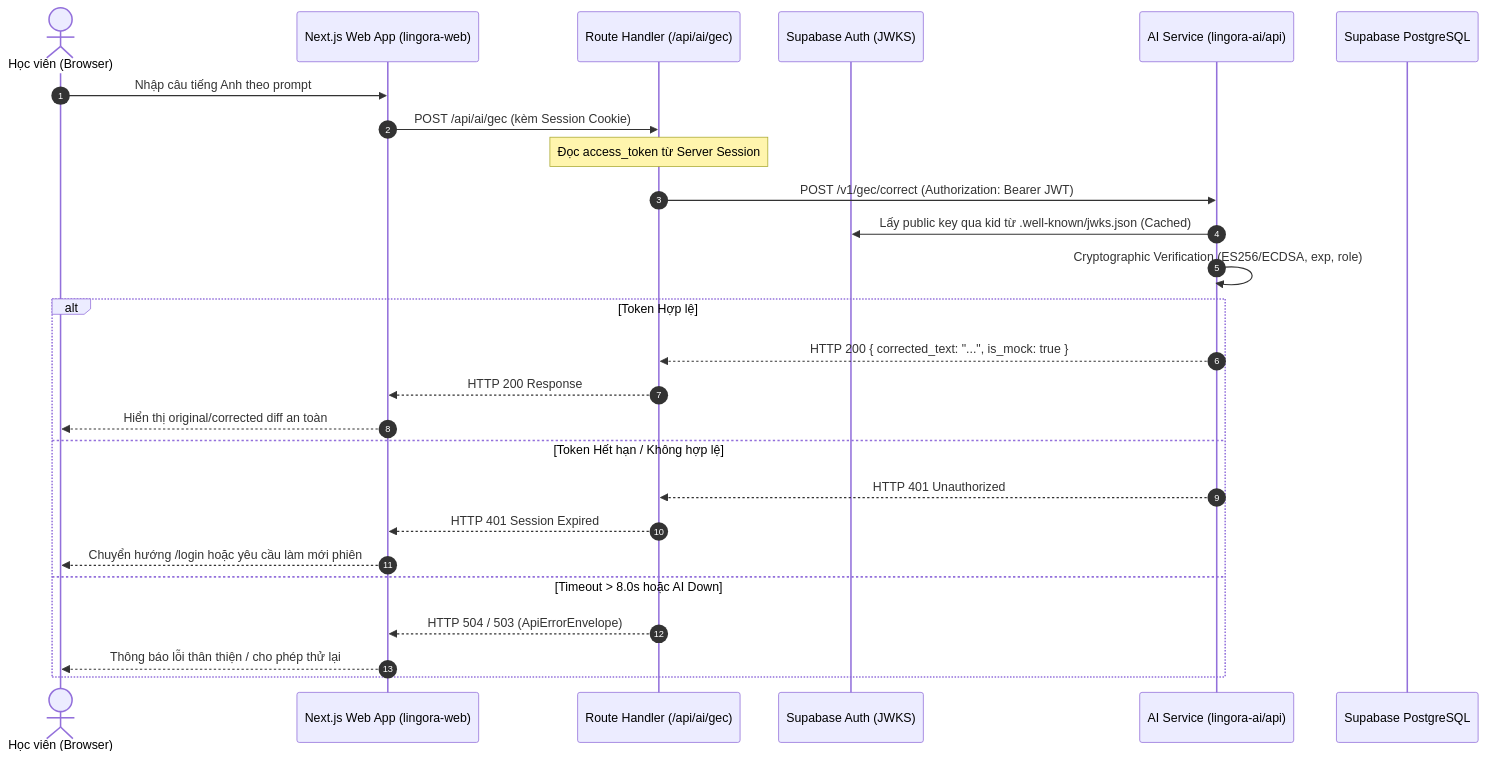
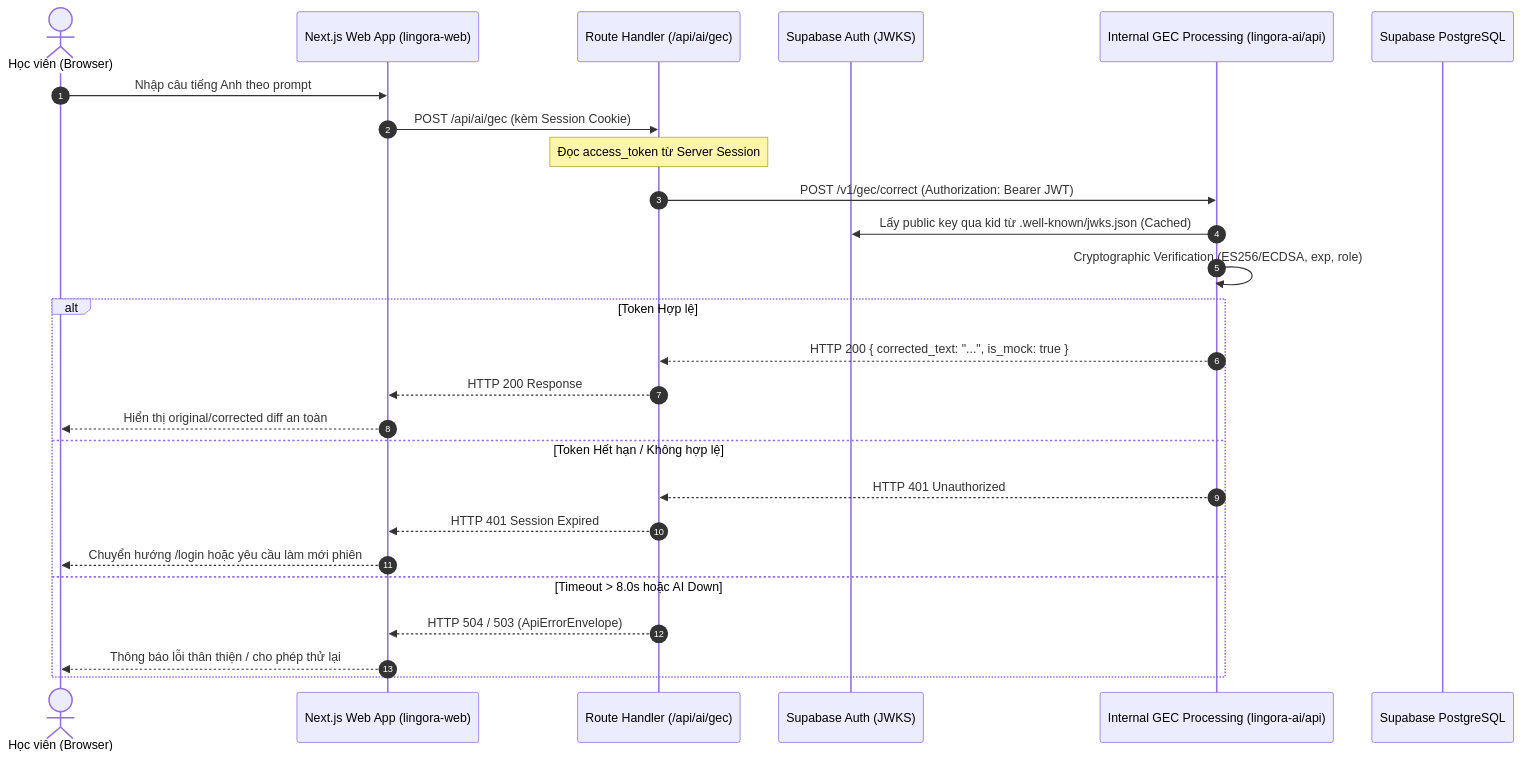
One commit to PhamNguyenThanhTung/lingora-workspace changed the second of 3 diagrams in docs/06-system-analysis.md. Above: the diagram before and after it, drawn with Mermaid. The commit also changed other lines of this file and 39 other files, not shown here.

Commit message:
docs: complete PlantUML coverage and internalize GEC boundary

````diff
--- a/docs/06-system-analysis.md
+++ b/docs/06-system-analysis.md
@@ -181,29 +185,29 @@
 ```mermaid
 sequenceDiagram
     autonumber
     actor Learner as Học viên (Browser)
     participant NextWeb as Next.js Web App (lingora-web)
     participant RouteHandler as Route Handler (/api/ai/gec)
     participant SupaAuth as Supabase Auth (JWKS)
-    participant FastAPI as AI Service (lingora-ai/api)
+    participant FastAPI as Internal GEC Processing (lingora-ai/api)
     participant SupaDB as Supabase PostgreSQL
 
     Learner->>NextWeb: Nhập câu tiếng Anh theo prompt
     NextWeb->>RouteHandler: POST /api/ai/gec (kèm Session Cookie)
     Note over RouteHandler: Đọc access_token từ Server Session
     RouteHandler->>FastAPI: POST /v1/gec/correct (Authorization: Bearer JWT)
     FastAPI->>SupaAuth: Lấy public key qua kid từ .well-known/jwks.json (Cached)
     FastAPI->>FastAPI: Cryptographic Verification (ES256/ECDSA, exp, role)
     alt Token Hợp lệ
         FastAPI-->>RouteHandler: HTTP 200 { corrected_text: "...", is_mock: true }
         RouteHandler-->>NextWeb: HTTP 200 Response
         NextWeb-->>Learner: Hiển thị original/corrected diff an toàn
     else Token Hết hạn / Không hợp lệ
         FastAPI-->>RouteHandler: HTTP 401 Unauthorized
         RouteHandler-->>NextWeb: HTTP 401 Session Expired
         NextWeb-->>Learner: Chuyển hướng /login hoặc yêu cầu làm mới phiên
     else Timeout > 8.0s hoặc AI Down
         RouteHandler-->>NextWeb: HTTP 504 / 503 (ApiErrorEnvelope)
         NextWeb-->>Learner: Thông báo lỗi thân thiện / cho phép thử lại
     end
 ```
````
